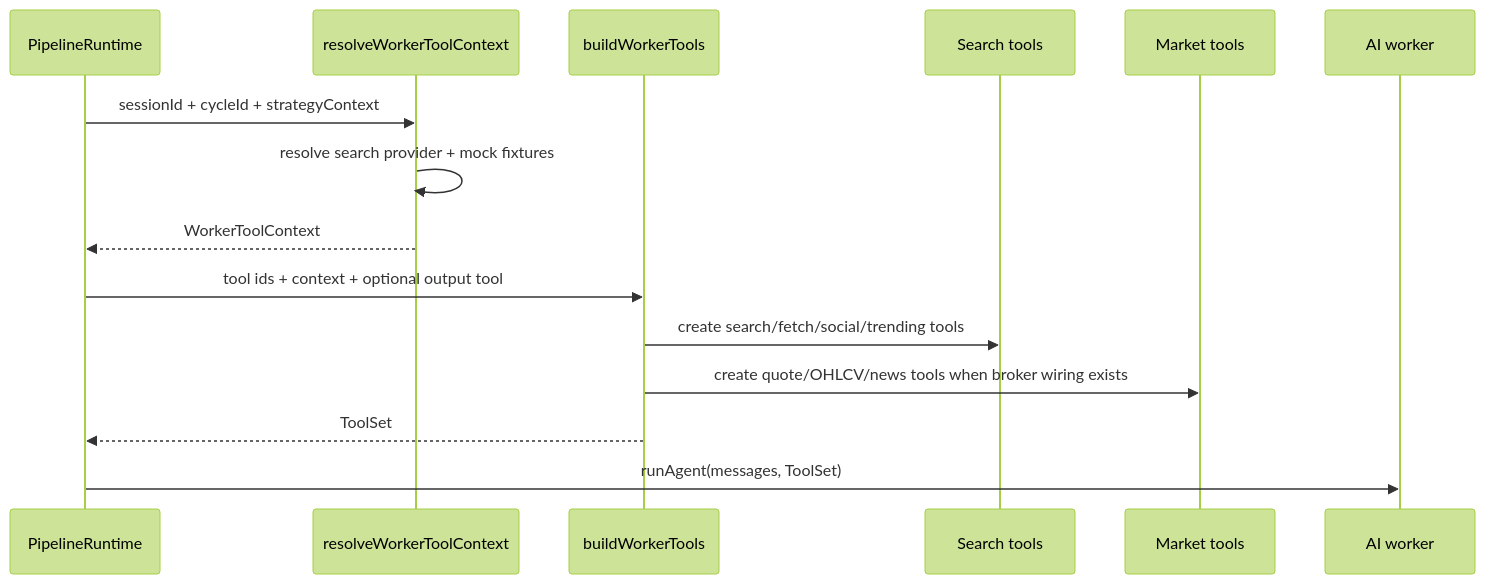
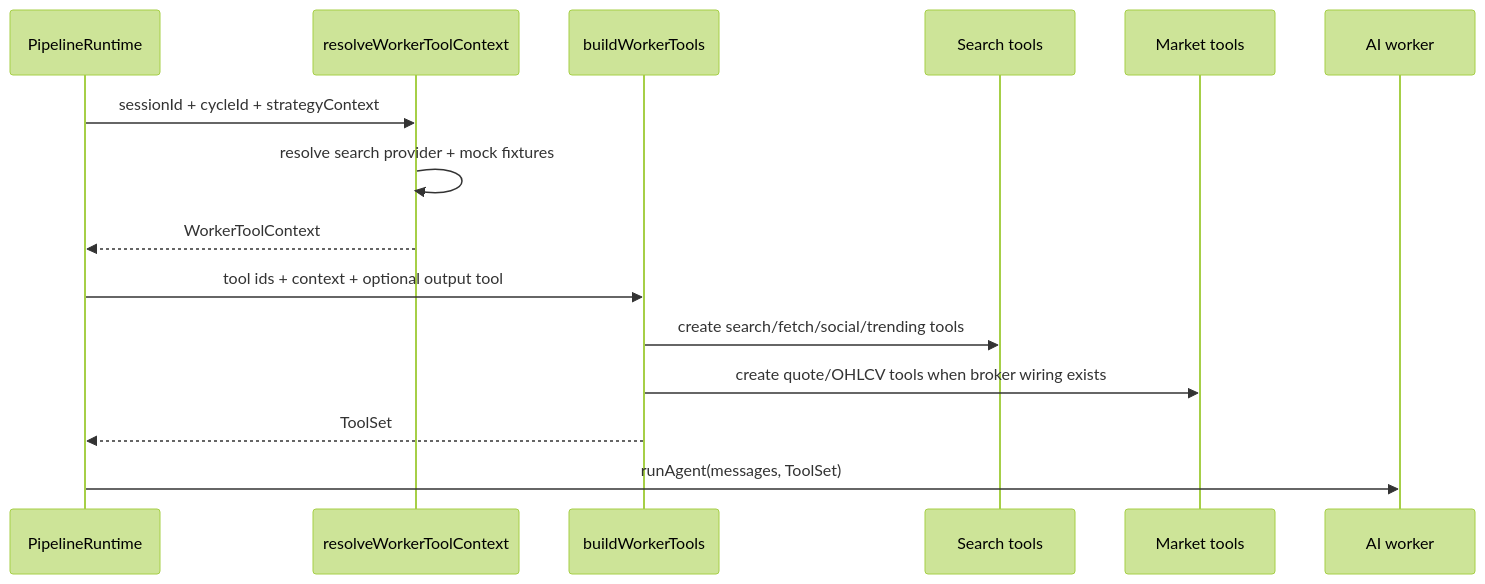
Before and after one commit to KennethAtchon/Exva: the diagram in electron/main/services/pipeline/worker-tools/README.md, drawn with Mermaid (forest theme). The commit also changed other lines of this file and 8 other files, not shown here.

First line of the commit message:
Update architecture documentation and database schema for autopsy features

````diff
--- a/electron/main/services/pipeline/worker-tools/README.md
+++ b/electron/main/services/pipeline/worker-tools/README.md
@@ -20,18 +20,18 @@
 ```mermaid
 sequenceDiagram
     participant Runtime as PipelineRuntime
     participant Resolver as resolveWorkerToolContext
     participant Factory as buildWorkerTools
     participant Search as Search tools
     participant Broker as Market tools
     participant Worker as AI worker
 
     Runtime->>Resolver: sessionId + cycleId + strategyContext
     Resolver->>Resolver: resolve search provider + mock fixtures
     Resolver-->>Runtime: WorkerToolContext
     Runtime->>Factory: tool ids + context + optional output tool
     Factory->>Search: create search/fetch/social/trending tools
-    Factory->>Broker: create quote/OHLCV/news tools when broker wiring exists
+    Factory->>Broker: create quote/OHLCV tools when broker wiring exists
     Factory-->>Runtime: ToolSet
     Runtime->>Worker: runAgent(messages, ToolSet)
 ```
````
